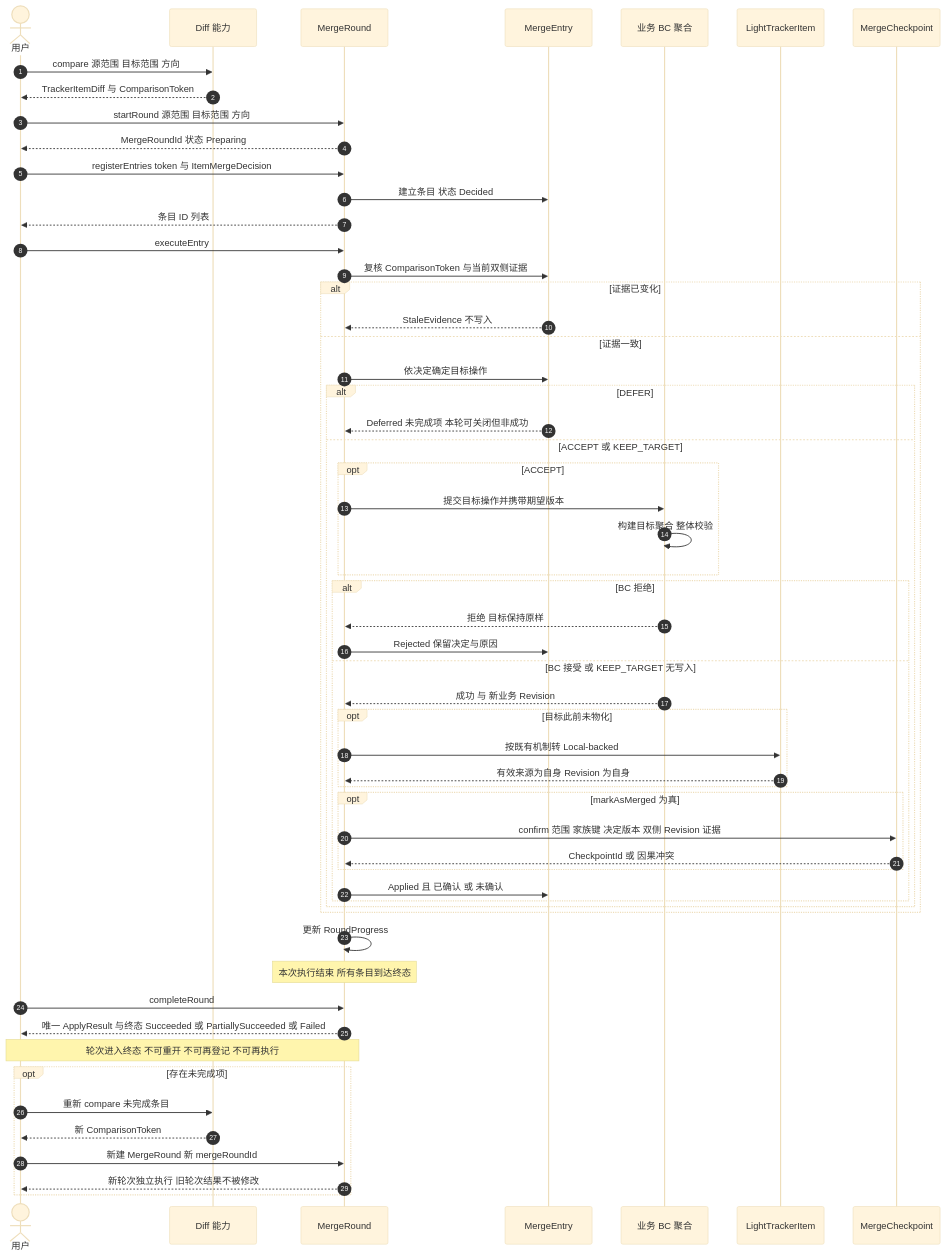
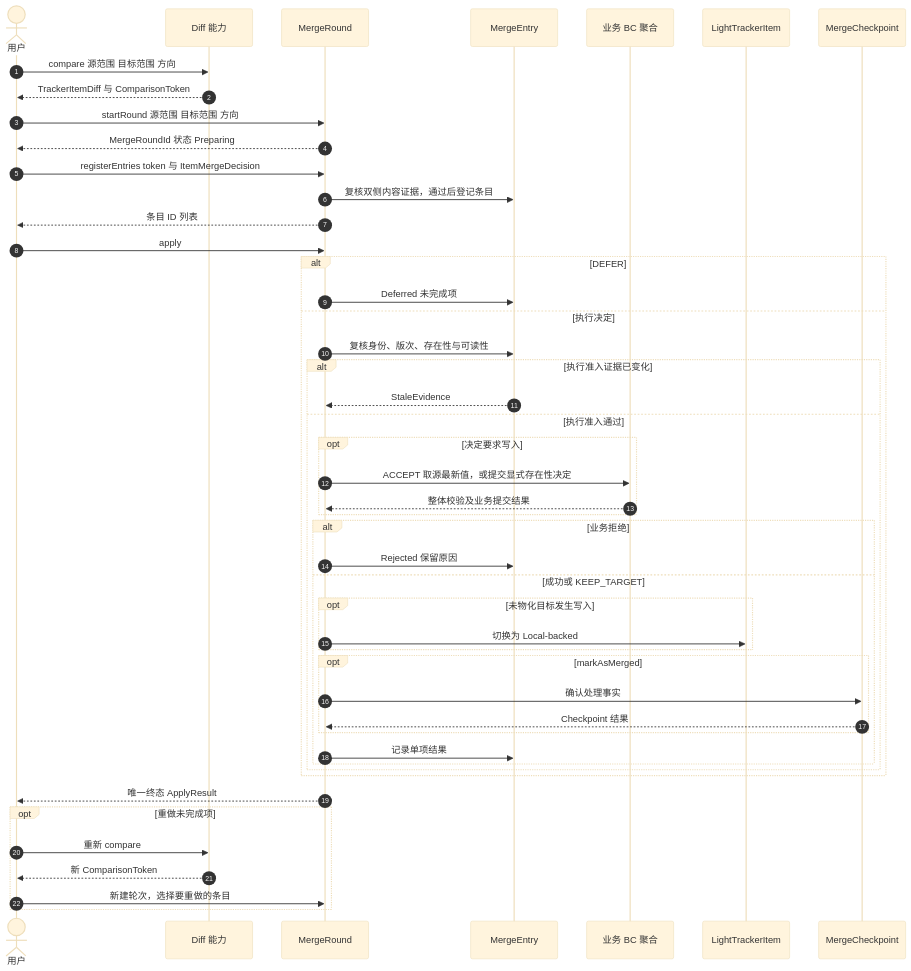
The first of 3 diagrams in docs/working-set/diagrams/merge-entry-lifecycle.md (Greytrack/ddd-workingset), drawn with Mermaid (base theme) before and after one commit. The commit also changed other lines of this file and 20 other files, not shown here.

````diff
--- a/docs/working-set/diagrams/merge-entry-lifecycle.md
+++ b/docs/working-set/diagrams/merge-entry-lifecycle.md
@@ -18,65 +18,55 @@
 ```mermaid
 sequenceDiagram
     autonumber
     actor U as 用户
     participant D as Diff 能力
     participant R as MergeRound
     participant E as MergeEntry
     participant BC as 业务 BC 聚合
     participant L as LightTrackerItem
     participant C as MergeCheckpoint
 
     U->>D: compare 源范围 目标范围 方向
     D-->>U: TrackerItemDiff 与 ComparisonToken
 
     U->>R: startRound 源范围 目标范围 方向
     R-->>U: MergeRoundId 状态 Preparing
 
     U->>R: registerEntries token 与 ItemMergeDecision
-    R->>E: 建立条目 状态 Decided
+    R->>E: 复核双侧内容证据，通过后登记条目
     R-->>U: 条目 ID 列表
 
-    U->>R: executeEntry
-    R->>E: 复核 ComparisonToken 与当前双侧证据
-
-    alt 证据已变化
-        E-->>R: StaleEvidence 不写入
-    else 证据一致
-        R->>E: 依决定确定目标操作
-        alt DEFER
-            E-->>R: Deferred 未完成项 本轮可关闭但非成功
-        else ACCEPT 或 KEEP_TARGET
-            opt ACCEPT
-                R->>BC: 提交目标操作并携带期望版本
-                BC->>BC: 构建目标聚合 整体校验
+    U->>R: apply
+    alt DEFER
+        R->>E: Deferred 未完成项
+    else 执行决定
+        R->>E: 复核身份、版次、存在性与可读性
+        alt 执行准入证据已变化
+            E-->>R: StaleEvidence
+        else 执行准入通过
+            opt 决定要求写入
+                R->>BC: ACCEPT 取源最新值，或提交显式存在性决定
+                BC-->>R: 整体校验及业务提交结果
             end
-            alt BC 拒绝
-                BC-->>R: 拒绝 目标保持原样
-                R->>E: Rejected 保留决定与原因
-            else BC 接受 或 KEEP_TARGET 无写入
-                BC-->>R: 成功 与 新业务 Revision
-                opt 目标此前未物化
-                    R->>L: 按既有机制转 Local-backed
-                    L-->>R: 有效来源为自身 Revision 为自身
+            alt 业务拒绝
+                R->>E: Rejected 保留原因
+            else 成功或 KEEP_TARGET
+                opt 未物化目标发生写入
+                    R->>L: 切换为 Local-backed
                 end
-                opt markAsMerged 为真
-                    R->>C: confirm 范围 家族键 决定版本 双侧 Revision 证据
-                    C-->>R: CheckpointId 或 因果冲突
+                opt markAsMerged
+                    R->>C: 确认处理事实
+                    C-->>R: Checkpoint 结果
                 end
-                R->>E: Applied 且 已确认 或 未确认
+                R->>E: 记录单项结果
             end
         end
     end
 
-    R->>R: 更新 RoundProgress
-    Note over R: 本次执行结束 所有条目到达终态
-    U->>R: completeRound
-    R-->>U: 唯一 ApplyResult 与终态 Succeeded 或 PartiallySucceeded 或 Failed
-    Note over U,R: 轮次进入终态 不可重开 不可再登记 不可再执行
-    opt 存在未完成项
-        U->>D: 重新 compare 未完成条目
+    R-->>U: 唯一终态 ApplyResult
+    opt 重做未完成项
+        U->>D: 重新 compare
         D-->>U: 新 ComparisonToken
-        U->>R: 新建 MergeRound 新 mergeRoundId
-        R-->>U: 新轮次独立执行 旧轮次结果不被修改
+        U->>R: 新建轮次，选择要重做的条目
     end
 ```
````
